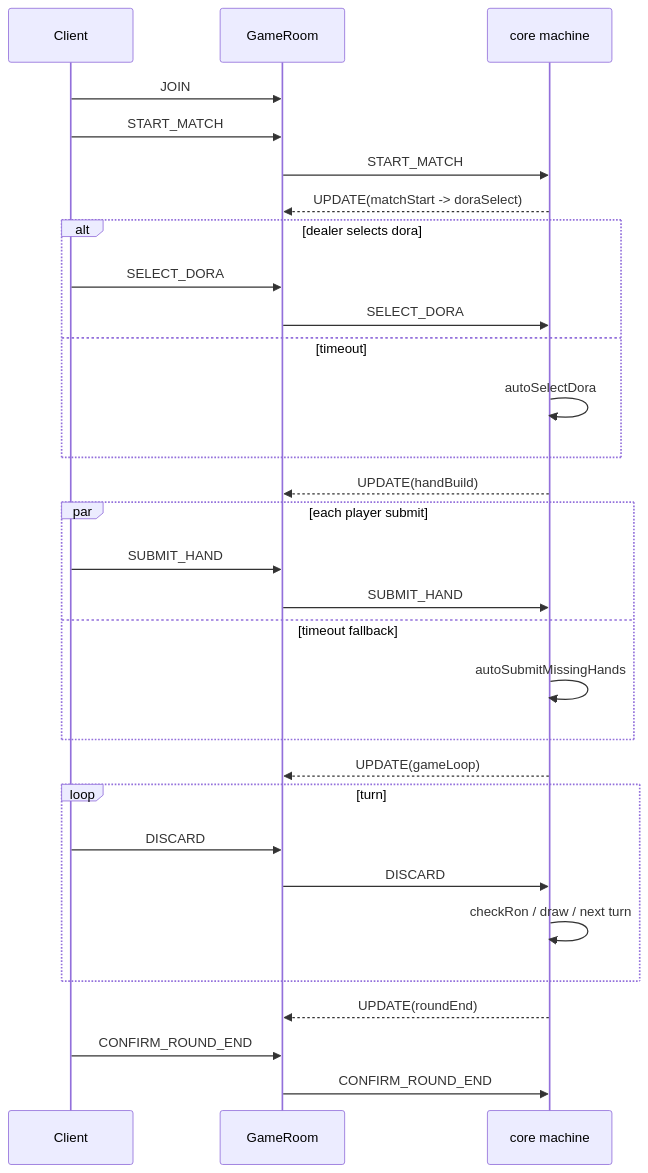
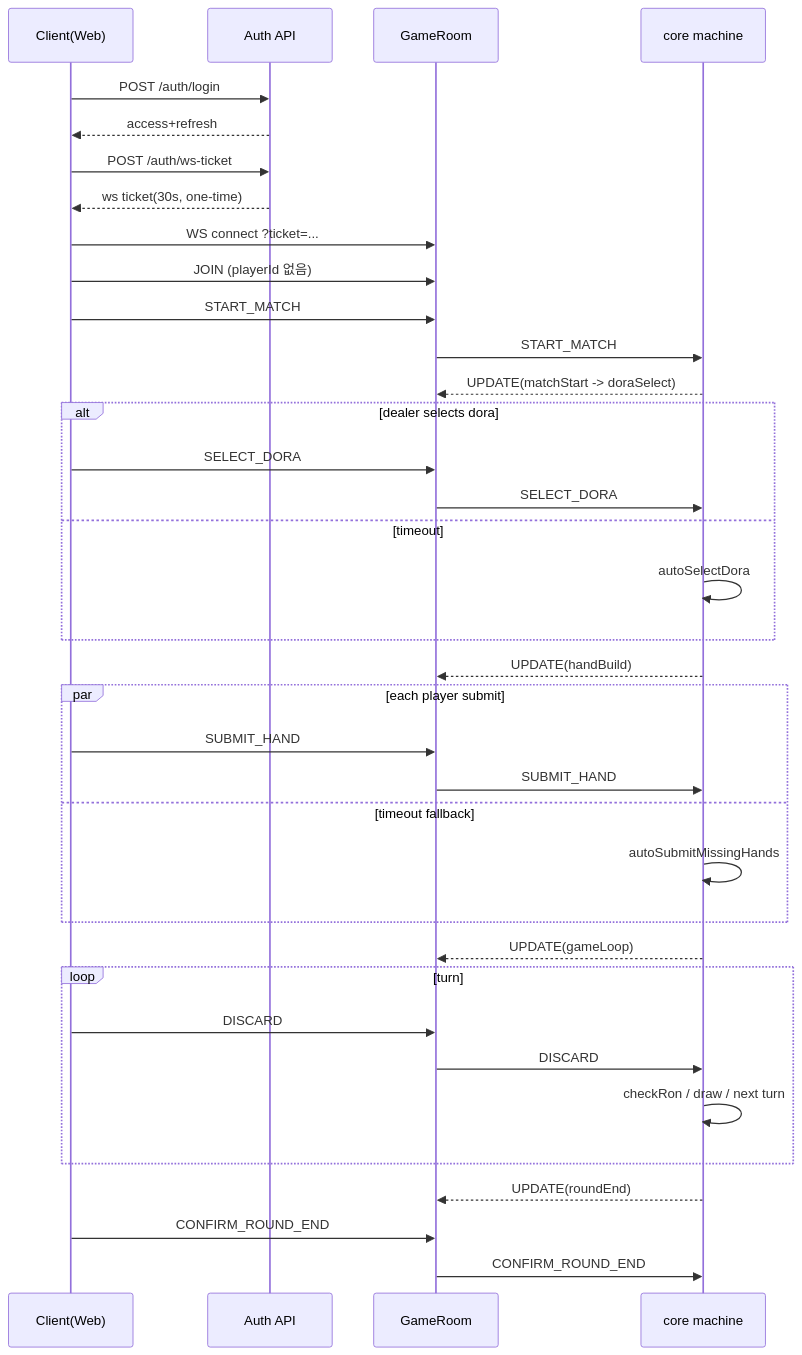
The second of 2 diagrams in docs/system-flow.md (yomania/step13), drawn with Mermaid before and after one commit. The commit also changed other lines of this file and 21 other files, not shown here.

````diff
--- a/docs/system-flow.md
+++ b/docs/system-flow.md
@@ -24,39 +24,45 @@
 ```mermaid
 sequenceDiagram
-    participant C as Client
+    participant C as Client(Web)
+    participant A as Auth API
     participant S as GameRoom
     participant M as core machine
 
-    C->>S: JOIN
+    C->>A: POST /auth/login
+    A-->>C: access+refresh
+    C->>A: POST /auth/ws-ticket
+    A-->>C: ws ticket(30s, one-time)
+    C->>S: WS connect ?ticket=...
+    C->>S: JOIN (playerId 없음)
     C->>S: START_MATCH
     S->>M: START_MATCH
     M-->>S: UPDATE(matchStart -> doraSelect)
 
     alt dealer selects dora
         C->>S: SELECT_DORA
         S->>M: SELECT_DORA
     else timeout
         M->>M: autoSelectDora
     end
 
     M-->>S: UPDATE(handBuild)
 
     par each player submit
         C->>S: SUBMIT_HAND
         S->>M: SUBMIT_HAND
     and timeout fallback
         M->>M: autoSubmitMissingHands
     end
 
     M-->>S: UPDATE(gameLoop)
 
     loop turn
         C->>S: DISCARD
         S->>M: DISCARD
         M->>M: checkRon / draw / next turn
     end
 
     M-->>S: UPDATE(roundEnd)
     C->>S: CONFIRM_ROUND_END
     S->>M: CONFIRM_ROUND_END
 ```
````
